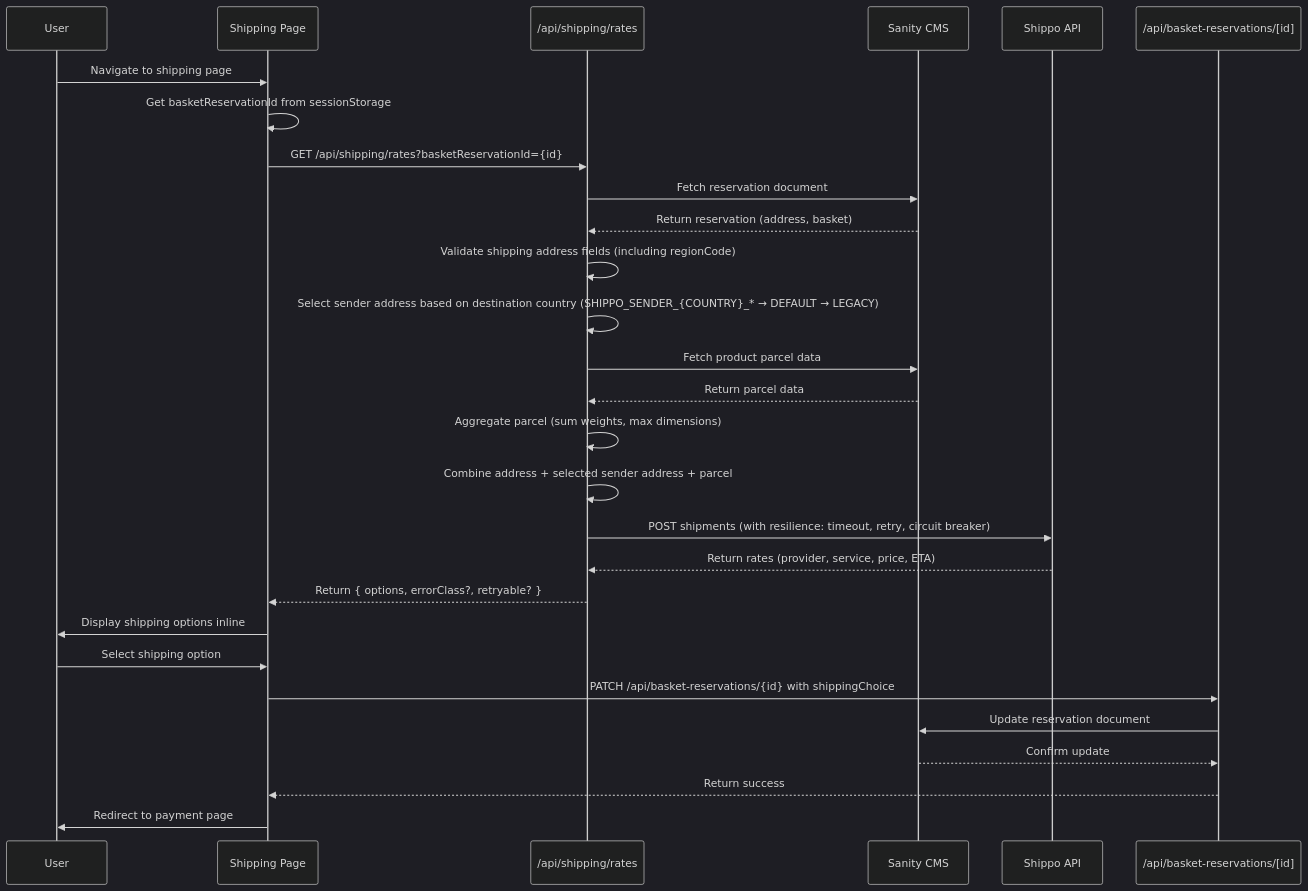
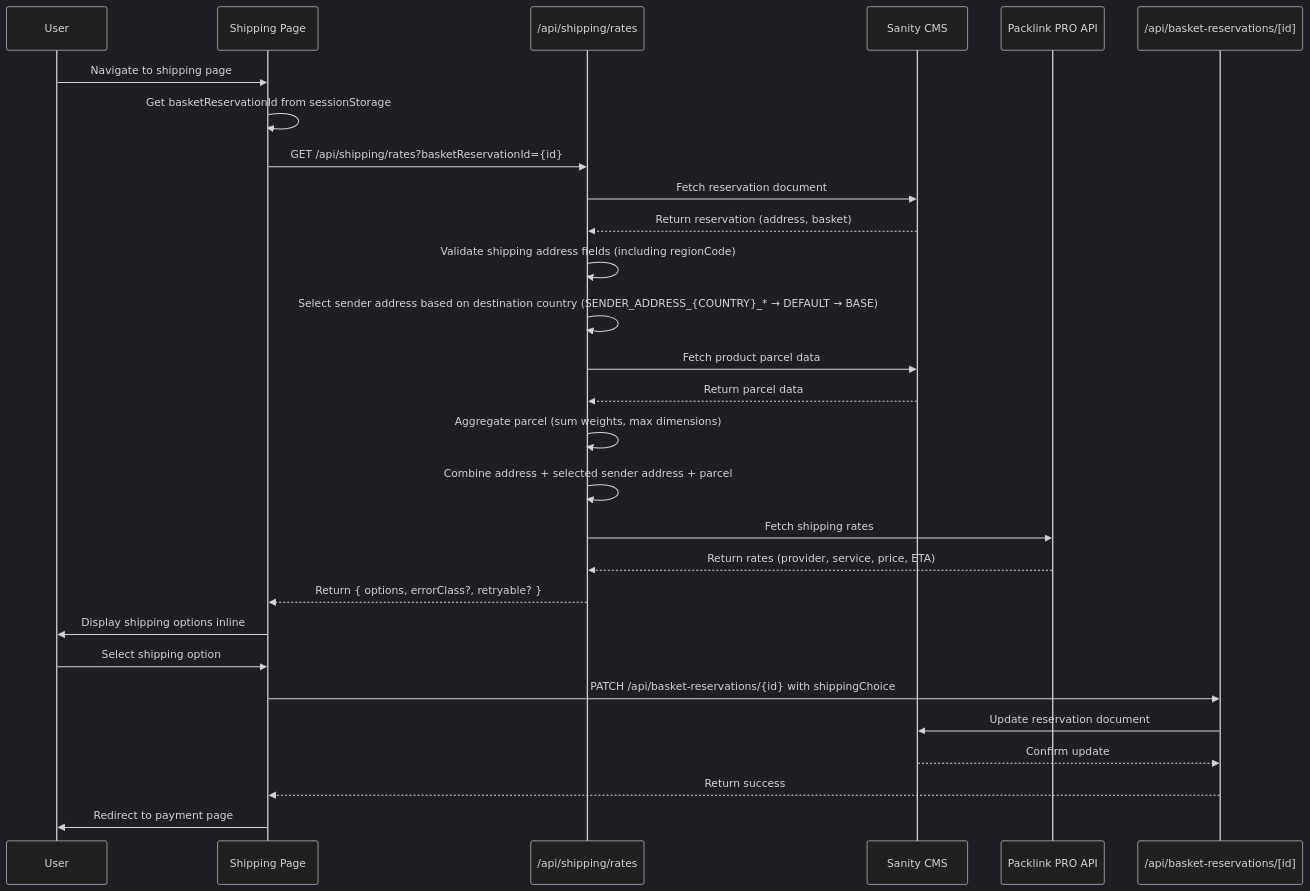
Before and after one commit to munrhalls/sanglogium: the diagram in docs/checkout/shipping/README.md, drawn with Mermaid (dark theme). The commit also changed other lines of this file and 3 other files, not shown here.

Commit message:
Difficulty: 5 - C, Refactor (shipping): Remove Shippo references, migrate to Packlink PRO, rename env vars SHIPPO_SENDER_*→SENDER_ADDRESS_* → DoD:0 <infrastructure>

````diff
--- a/docs/checkout/shipping/README.md
+++ b/docs/checkout/shipping/README.md
@@ -102,31 +105,31 @@
 ```mermaid
 sequenceDiagram
     participant User as User
     participant Page as Shipping Page
     participant API as /api/shipping/rates
     participant Sanity as Sanity CMS
-    participant Shippo as Shippo API
+    participant Packlink as Packlink PRO API
     participant Patch as /api/basket-reservations/[id]
 
     User->>Page: Navigate to shipping page
     Page->>Page: Get basketReservationId from sessionStorage
     Page->>API: GET /api/shipping/rates?basketReservationId={id}
     API->>Sanity: Fetch reservation document
     Sanity-->>API: Return reservation (address, basket)
     API->>API: Validate shipping address fields (including regionCode)
-    API->>API: Select sender address based on destination country (SHIPPO_SENDER_{COUNTRY}_* → DEFAULT → LEGACY)
+    API->>API: Select sender address based on destination country (SENDER_ADDRESS_{COUNTRY}_* → DEFAULT → BASE)
     API->>Sanity: Fetch product parcel data
     Sanity-->>API: Return parcel data
     API->>API: Aggregate parcel (sum weights, max dimensions)
     API->>API: Combine address + selected sender address + parcel
-    API->>Shippo: POST shipments (with resilience: timeout, retry, circuit breaker)
-    Shippo-->>API: Return rates (provider, service, price, ETA)
+    API->>Packlink: Fetch shipping rates
+    Packlink-->>API: Return rates (provider, service, price, ETA)
     API-->>Page: Return { options, errorClass?, retryable? }
     Page->>User: Display shipping options inline
     User->>Page: Select shipping option
     Page->>Patch: PATCH /api/basket-reservations/{id} with shippingChoice
     Patch->>Sanity: Update reservation document
     Sanity-->>Patch: Confirm update
     Patch-->>Page: Return success
     Page->>User: Redirect to payment page
 ```
````
